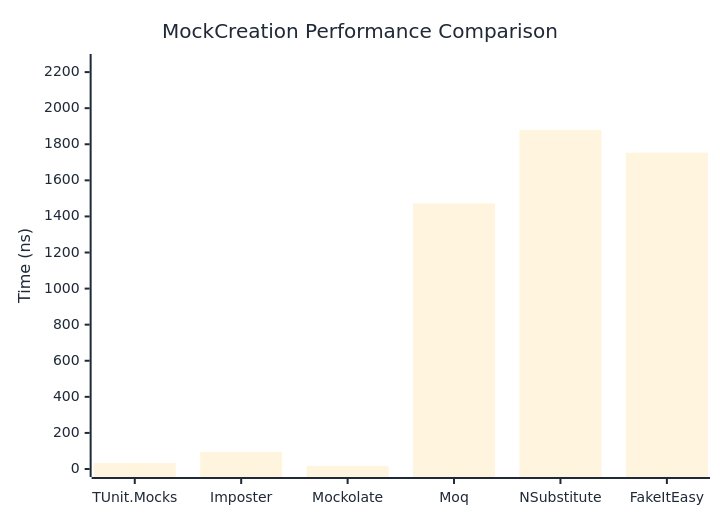
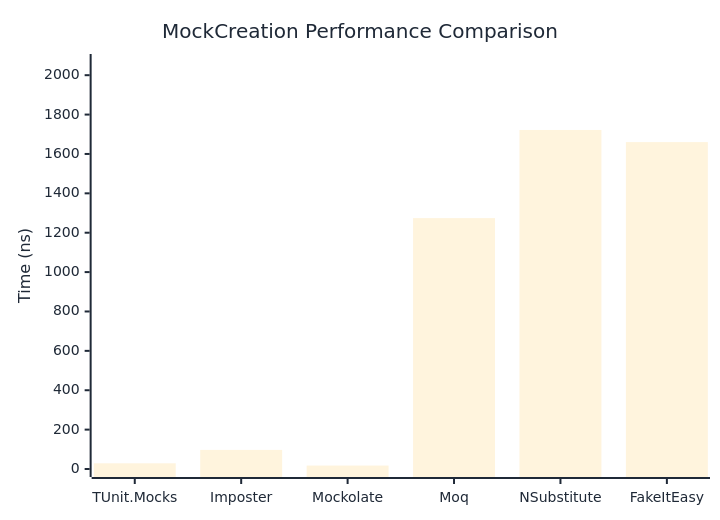
Before and after one commit to thomhurst/TUnit: the first of 2 diagrams in docs/docs/benchmarks/mocks/MockCreation.md, drawn with Mermaid. The commit also changed other lines of this file and 14 other files, not shown here.

````diff
--- a/docs/docs/benchmarks/mocks/MockCreation.md
+++ b/docs/docs/benchmarks/mocks/MockCreation.md
@@ -30,27 +30,27 @@
 ```mermaid
 %%{init: {
   'theme':'base',
   'themeVariables': {
     'primaryColor': '#2563eb',
     'primaryTextColor': '#1f2937',
     'primaryBorderColor': '#1e40af',
     'lineColor': '#6b7280',
     'secondaryColor': '#7c3aed',
     'tertiaryColor': '#dc2626',
     'background': '#ffffff',
     'pie1': '#2563eb',
     'pie2': '#7c3aed',
     'pie3': '#dc2626',
     'pie4': '#f59e0b',
     'pie5': '#10b981',
     'pie6': '#06b6d4',
     'pie7': '#ec4899',
     'pie8': '#6366f1'
   }
 }}%%
 xychart-beta
   title "MockCreation Performance Comparison"
   x-axis ["TUnit.Mocks", "Imposter", "Mockolate", "Moq", "NSubstitute", "FakeItEasy"]
-  y-axis "Time (ns)" 0 --> 2256
-  bar [32.69, 94.68, 17.52, 1472.45, 1879.73, 1753.38]
+  y-axis "Time (ns)" 0 --> 2067
+  bar [28.98, 97, 17.46, 1274.24, 1721.85, 1660.22]
 ```
````
